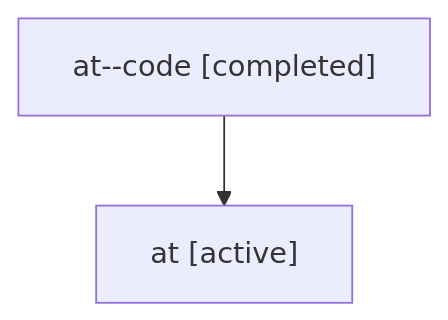
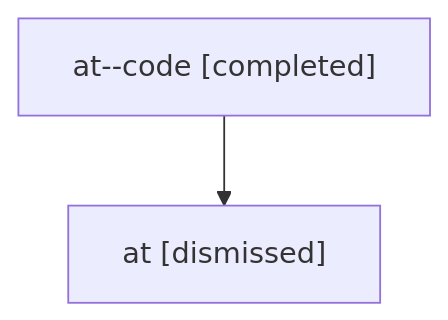
Before and after one commit to bobs-org/bob-cli--agents: the diagram in sessions/bbugyi200.athena.at.md, drawn with Mermaid. The commit also changed other lines of this file and 32 other files, not shown here.

````diff
--- a/sessions/bbugyi200.athena.at.md
+++ b/sessions/bbugyi200.athena.at.md
@@ -9,6 +9,6 @@
 ```mermaid
 flowchart TD
   n0["at--code [completed]"]
-  n1["at [active]"]
+  n1["at [dismissed]"]
   n0 --> n1
 ```
````
